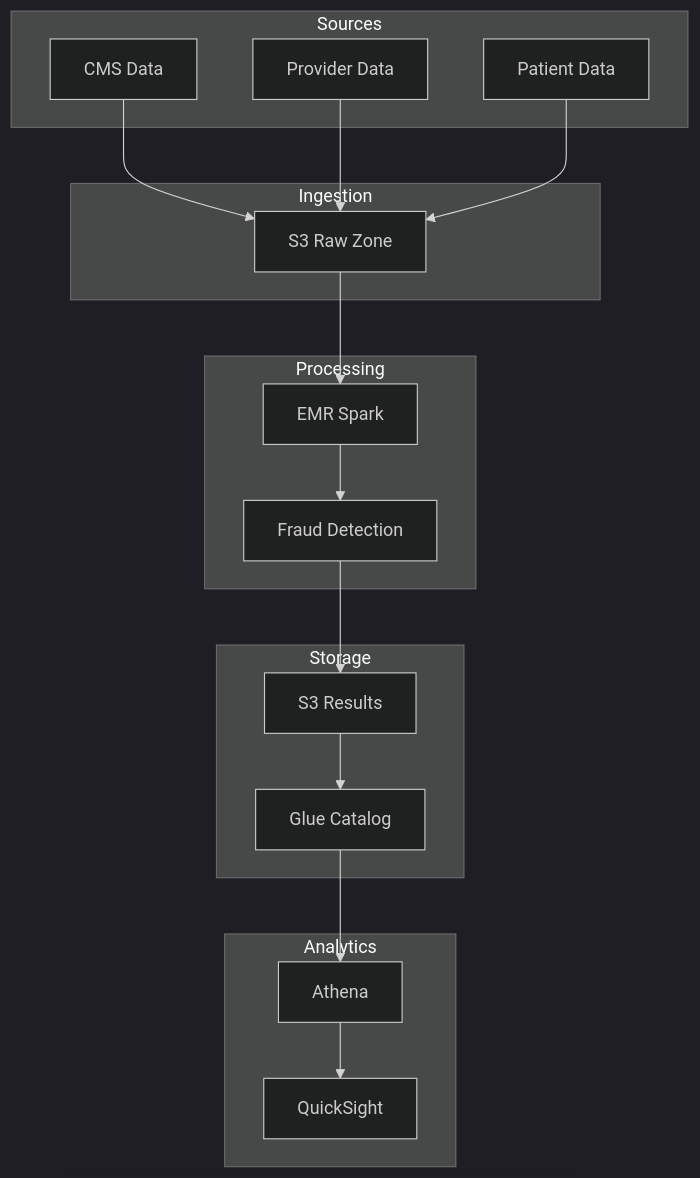
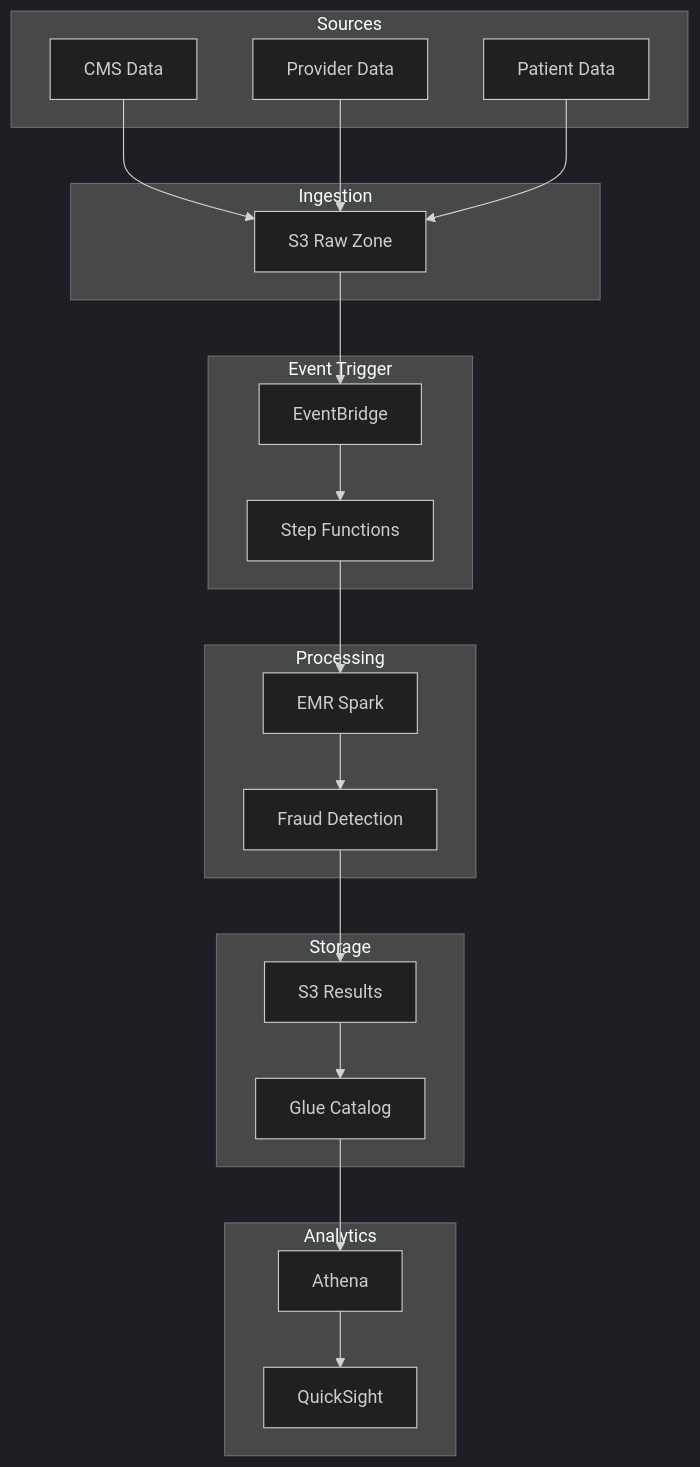
Before and after one commit to caverac/insurance-fraud-detection: the first of 2 diagrams in packages/docs/docs/architecture/data-flow.md, drawn with Mermaid (dark theme). The commit also changed other lines of this file and 14 other files, not shown here.

````diff
--- a/packages/docs/docs/architecture/data-flow.md
+++ b/packages/docs/docs/architecture/data-flow.md
@@ -5,37 +7,44 @@
 ```mermaid
 graph TB
     subgraph Sources
         A[CMS Data]
         B[Provider Data]
         C[Patient Data]
     end
 
     subgraph Ingestion
         D[S3 Raw Zone]
+    end
+
+    subgraph EventTrigger[Event Trigger]
+        EB[EventBridge]
+        SF[Step Functions]
     end
 
     subgraph Processing
         E[EMR Spark]
         F[Fraud Detection]
     end
 
     subgraph Storage
         G[S3 Results]
         H[Glue Catalog]
     end
 
     subgraph Analytics
         I[Athena]
         J[QuickSight]
     end
 
     A --> D
     B --> D
     C --> D
-    D --> E
+    D --> EB
+    EB --> SF
+    SF --> E
     E --> F
     F --> G
     G --> H
     H --> I
     I --> J
 ```
````
